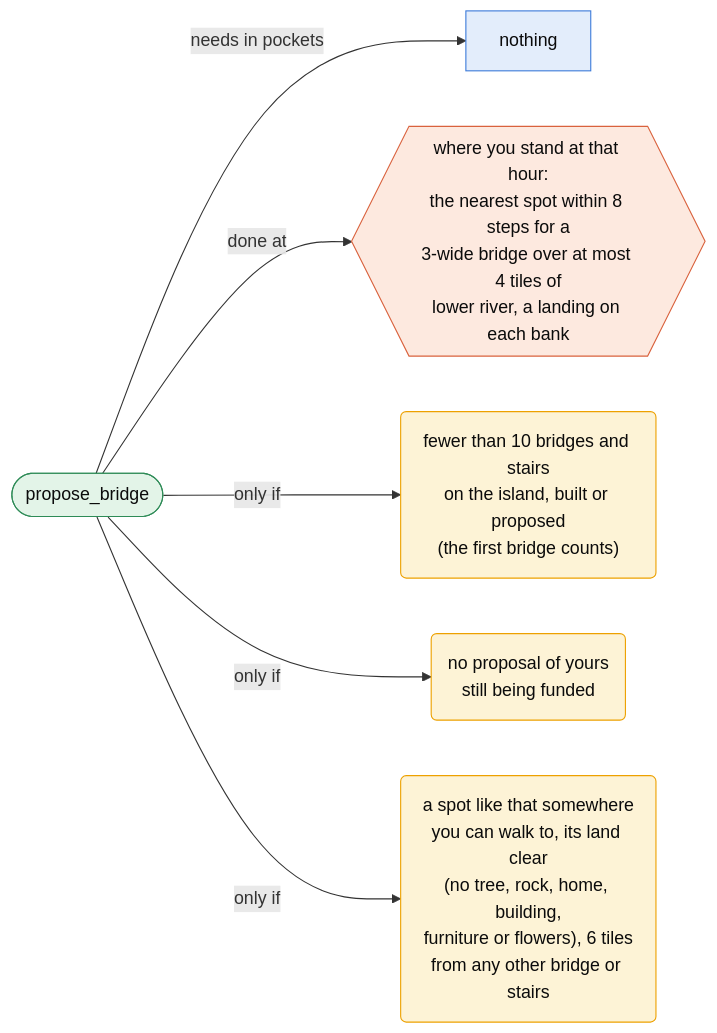
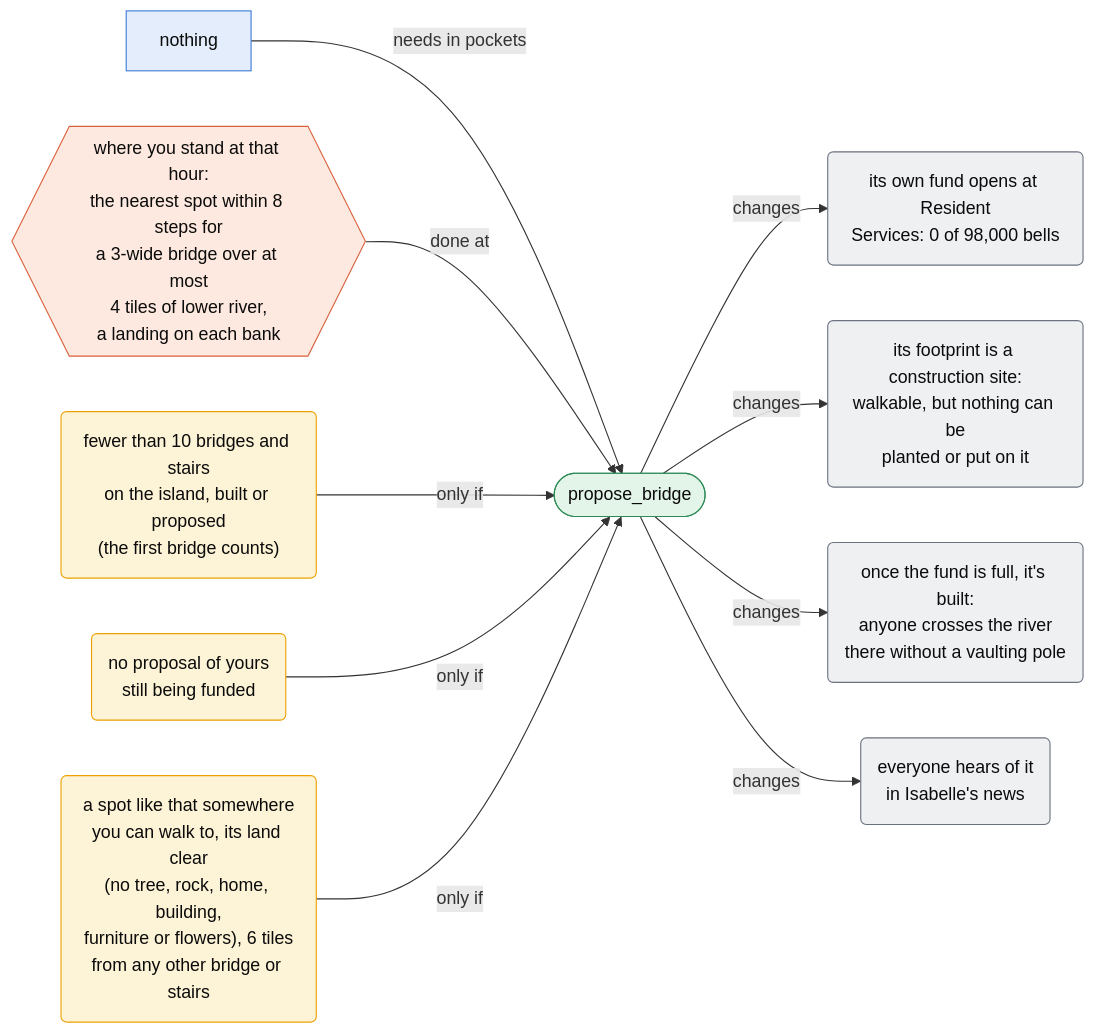
Diagram 12 of 41 in docs/actions.md (harjonillo/multiagent-island), drawn with Mermaid before and after one commit. The commit also changed other lines of this file and 9 other files, not shown here.

````diff
--- a/docs/actions.md
+++ b/docs/actions.md
@@ -291,17 +508,25 @@
 ```mermaid
 flowchart LR
     classDef act fill:#e3f4e8,stroke:#2e8b57,color:#0b0b0b
     classDef item fill:#e3edfb,stroke:#3d7bd9,color:#0b0b0b
     classDef place fill:#fde9df,stroke:#d9623d,color:#0b0b0b
     classDef cond fill:#fdf3d6,stroke:#eda100,color:#0b0b0b
+    classDef gain fill:#dff3f1,stroke:#1a8a7d,color:#0b0b0b
+    classDef spend fill:#fbe3e8,stroke:#c0396b,color:#0b0b0b
+    classDef change fill:#eef0f2,stroke:#6b7280,color:#0b0b0b
     A(["propose_bridge"])
-    A -- "needs in pockets" --> I0["nothing"]
-    A -- "done at" --> P0{{"where you stand at that hour:<br/>the nearest spot within 8 steps for a<br/>3-wide bridge over at most 4 tiles of<br/>lower river, a landing on each bank"}}
-    A -- "only if" --> C0("fewer than 10 bridges and stairs<br/>on the island, built or proposed<br/>(the first bridge counts)")
-    A -- "only if" --> C1("no proposal of yours<br/>still being funded")
-    A -- "only if" --> C2("a spot like that somewhere<br/>you can walk to, its land clear<br/>(no tree, rock, home, building,<br/>furniture or flowers), 6 tiles<br/>from any other bridge or stairs")
+    It0["nothing"] -- "needs in pockets" --> A
+    Pl0{{"where you stand at that hour:<br/>the nearest spot within 8 steps for<br/>a 3-wide bridge over at most<br/>4 tiles of lower river,<br/>a landing on each bank"}} -- "done at" --> A
+    Co0("fewer than 10 bridges and stairs<br/>on the island, built or proposed<br/>(the first bridge counts)") -- "only if" --> A
+    Co1("no proposal of yours<br/>still being funded") -- "only if" --> A
+    Co2("a spot like that somewhere<br/>you can walk to, its land clear<br/>(no tree, rock, home, building,<br/>furniture or flowers), 6 tiles<br/>from any other bridge or stairs") -- "only if" --> A
+    A -- "changes" --> Ch0("its own fund opens at Resident<br/>Services: 0 of 98,000 bells")
+    A -- "changes" --> Ch1("its footprint is a construction site:<br/>walkable, but nothing can be<br/>planted or put on it")
+    A -- "changes" --> Ch2("once the fund is full, it's built:<br/>anyone crosses the river<br/>there without a vaulting pole")
+    A -- "changes" --> Ch3("everyone hears of it<br/>in Isabelle's news")
     class A act
-    class I0 item
-    class P0 place
-    class C0,C1,C2 cond
+    class It0 item
+    class Pl0 place
+    class Co0,Co1,Co2 cond
+    class Ch0,Ch1,Ch2,Ch3 change
 ```
````
